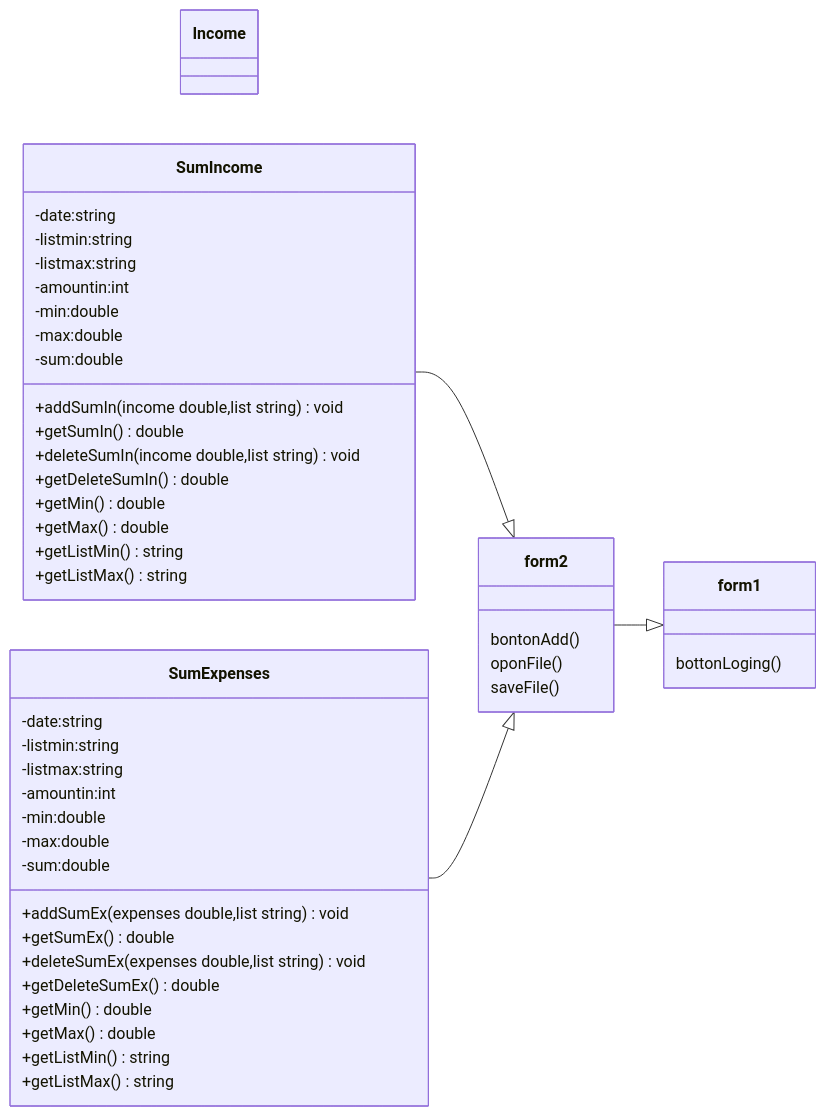
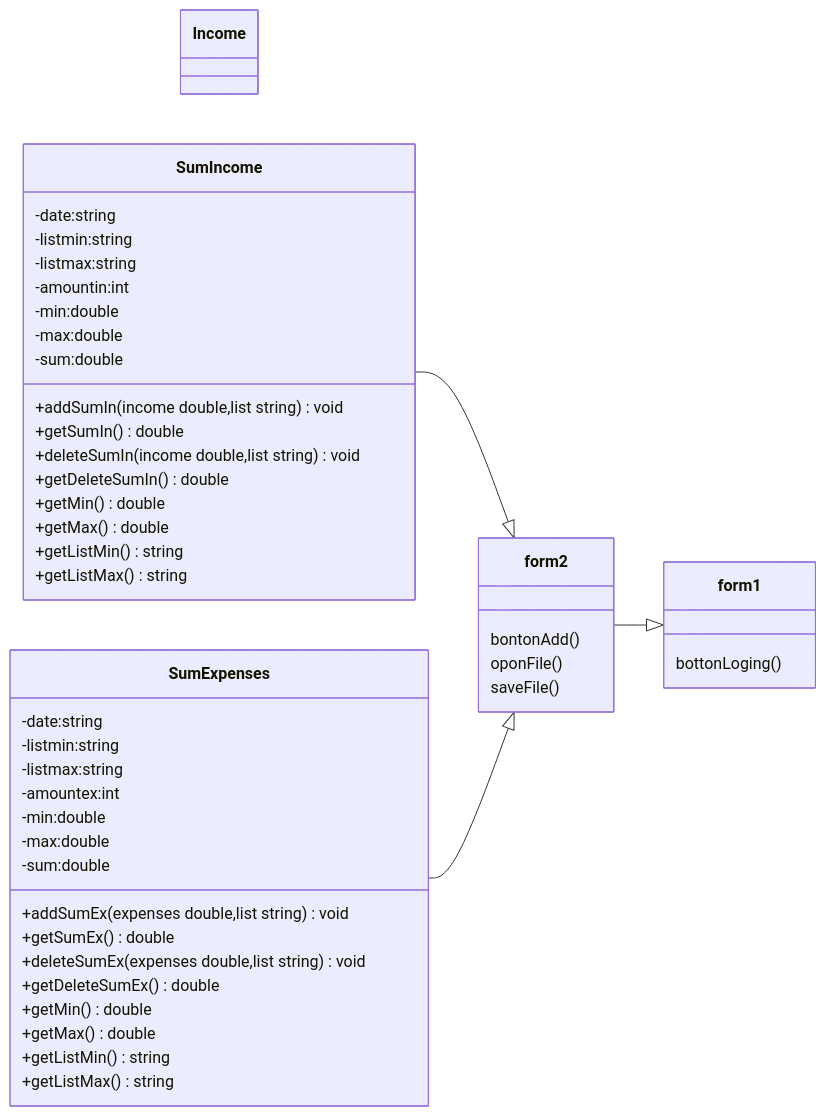
The diagram in README.md (Naphapilan/Final-Project), drawn with Mermaid before and after one commit.

````diff
--- a/README.md
+++ b/README.md
@@ -12,51 +12,51 @@
 ```mermaid
 classDiagram
   direction LR
   class form1{
   bottonLoging()
   }
   class form2{
   bontonAdd()
   oponFile()
   saveFile()
   }
   class Income{
   }
   class SumIncome{
   -date:string
   -listmin:string
   -listmax:string
   -amountin:int
   -min:double
   -max:double
   -sum:double
   +addSumIn(income double,list string)void
   +getSumIn()double
   +deleteSumIn(income double,list string)void
   +getDeleteSumIn()double
   +getMin()double
   +getMax()double
   +getListMin()string
   +getListMax()string
   }
   class SumExpenses{
   -date:string
   -listmin:string
   -listmax:string
-  -amountin:int
+  -amountex:int
   -min:double
   -max:double
   -sum:double
   +addSumEx(expenses double,list string)void
   +getSumEx()double
   +deleteSumEx(expenses double,list string)void
   +getDeleteSumEx()double
   +getMin()double
   +getMax()double
   +getListMin()string
   +getListMax()string
   }
   form2 --|> form1
   SumIncome --|> form2
   SumExpenses --|> form2
 ```
````
